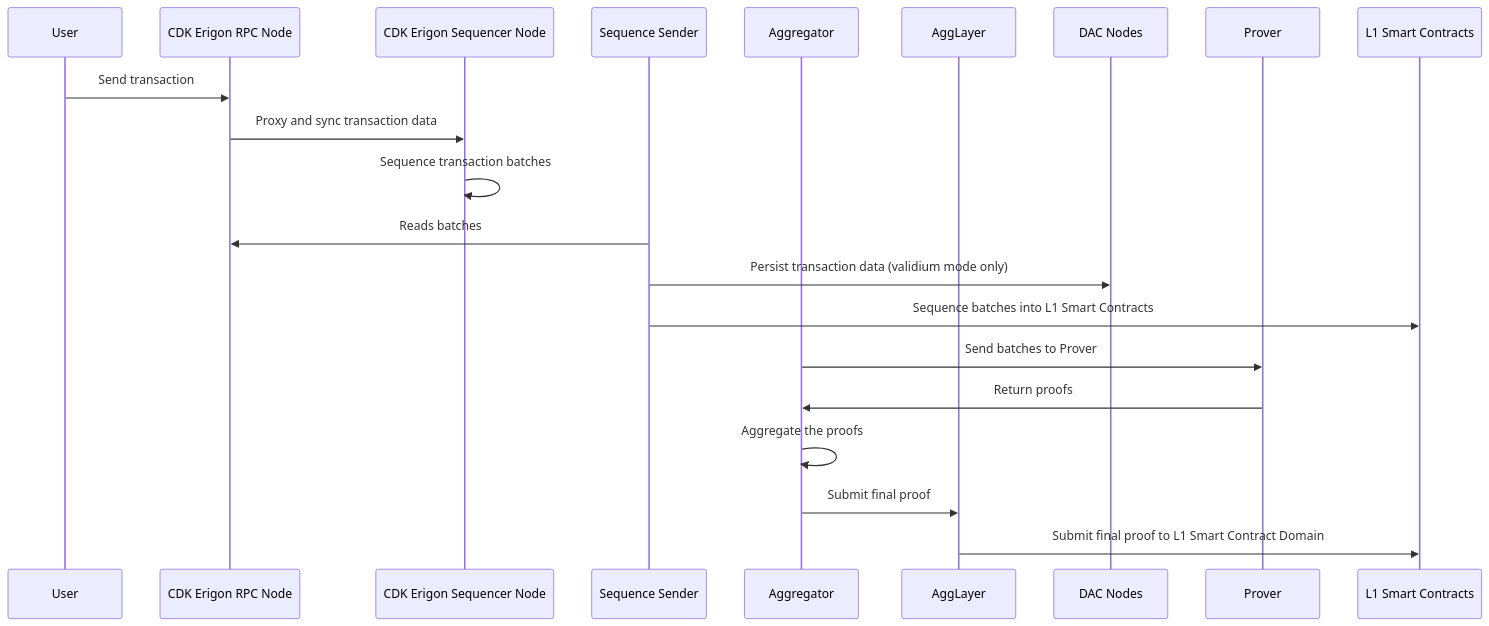
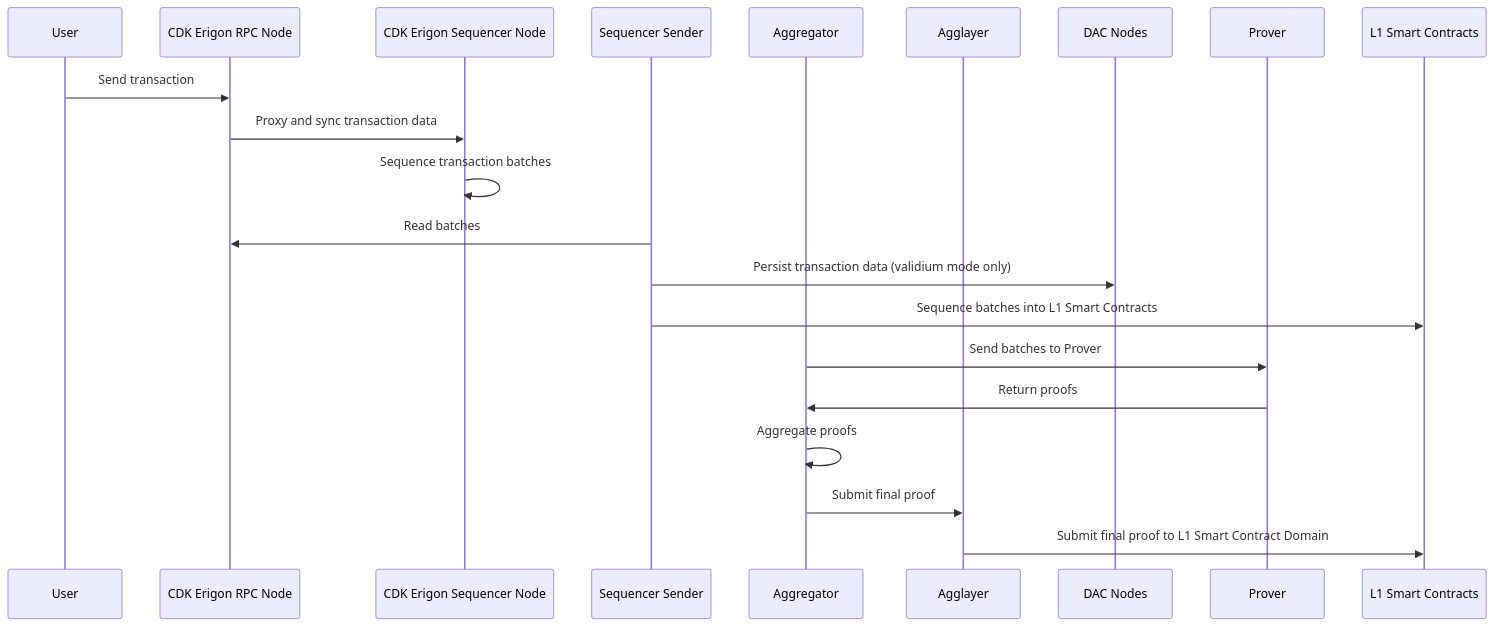
One commit to 0xPolygon/polygon-docs changed the diagram in docs/cdk/architecture/high-level-views.md. Above: the diagram before and after it, drawn with Mermaid. The commit also changed other lines of this file and 21 other files, not shown here.

````diff
--- a/docs/cdk/architecture/high-level-views.md
+++ b/docs/cdk/architecture/high-level-views.md
@@ -36,24 +46,24 @@
 ```mermaid
 sequenceDiagram
     participant User
     participant ErigonRPC as CDK Erigon RPC Node
     participant Sequencer as CDK Erigon Sequencer Node
-    participant SeqSender as Sequence Sender
+    participant SeqSender as Sequencer Sender
     participant Aggregator
-    participant AggLayer
+    participant Agglayer
     participant DACNodes as DAC Nodes
     participant Prover
     participant L1 as L1 Smart Contracts
 
     User->>ErigonRPC: Send transaction
     ErigonRPC->>Sequencer: Proxy and sync transaction data
     Sequencer->>Sequencer: Sequence transaction batches
-    SeqSender->>ErigonRPC: Reads batches
+    SeqSender->>ErigonRPC: Read batches
     SeqSender->>DACNodes: Persist transaction data (validium mode only)
-    SeqSender->>L1: Sequence batches into L1 Smart Contracts 
-    Aggregator->>Prover: Send batches to Prover 
-    Prover->>Aggregator: Return proofs 
-    Aggregator->>Aggregator: Aggregate the proofs
-    Aggregator->>AggLayer: Submit final proof
-    AggLayer->>L1: Submit final proof to L1 Smart Contract Domain
+    SeqSender->>L1: Sequence batches into L1 Smart Contracts
+    Aggregator->>Prover: Send batches to Prover
+    Prover->>Aggregator: Return proofs
+    Aggregator->>Aggregator: Aggregate proofs
+    Aggregator->>Agglayer: Submit final proof
+    Agglayer->>L1: Submit final proof to L1 Smart Contract Domain
 ```
````
